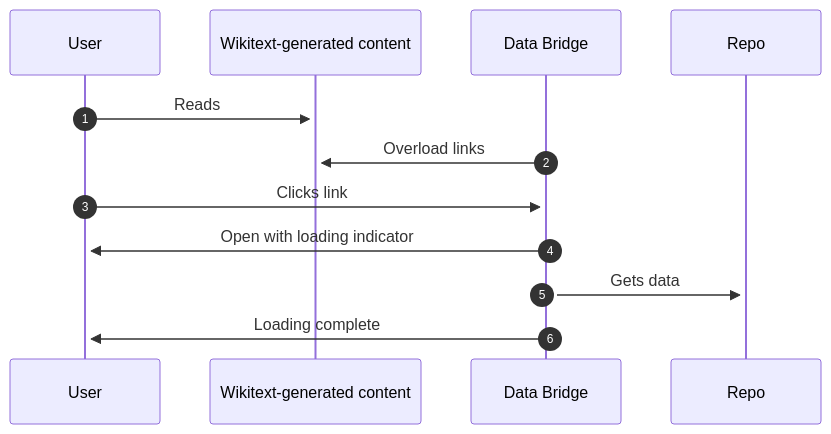
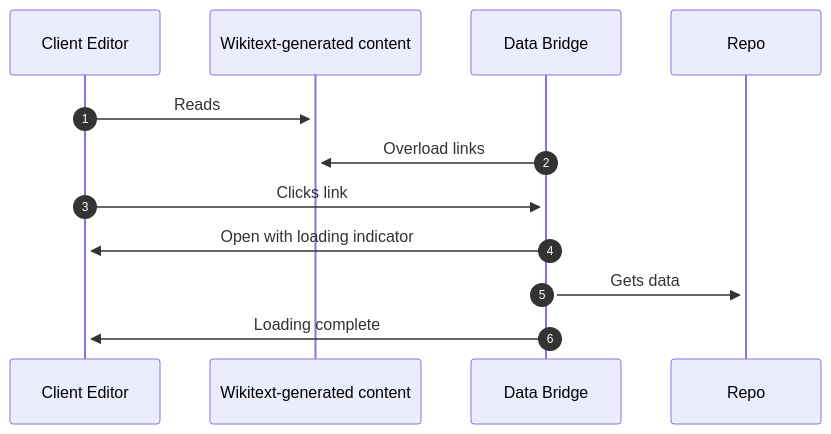
Before and after one commit to wmde/wikidata-wikibase-architecture: the second of 7 diagrams in systems/WikibaseClient/06-Runtime_View.md, drawn with Mermaid. The commit also changed other lines of this file and 9 other files, not shown here.

First line of the commit message:
Explain various users across diagrams

````diff
--- a/systems/WikibaseClient/06-Runtime_View.md
+++ b/systems/WikibaseClient/06-Runtime_View.md
@@ -31,10 +31,10 @@
 ```mermaid
 sequenceDiagram
     autonumber
-    User->>+Wikitext-generated content: Reads
+    Client Editor->>+Wikitext-generated content: Reads
     Data Bridge->>+Wikitext-generated content: Overload links
-    User->>+Data Bridge: Clicks link
-    Data Bridge->>+User: Open with loading indicator
+    Client Editor->>+Data Bridge: Clicks link
+    Data Bridge->>+Client Editor: Open with loading indicator
     Data Bridge->>+Repo: Gets data
-    Data Bridge->>+User: Loading complete
+    Data Bridge->>+Client Editor: Loading complete
 ```
````
